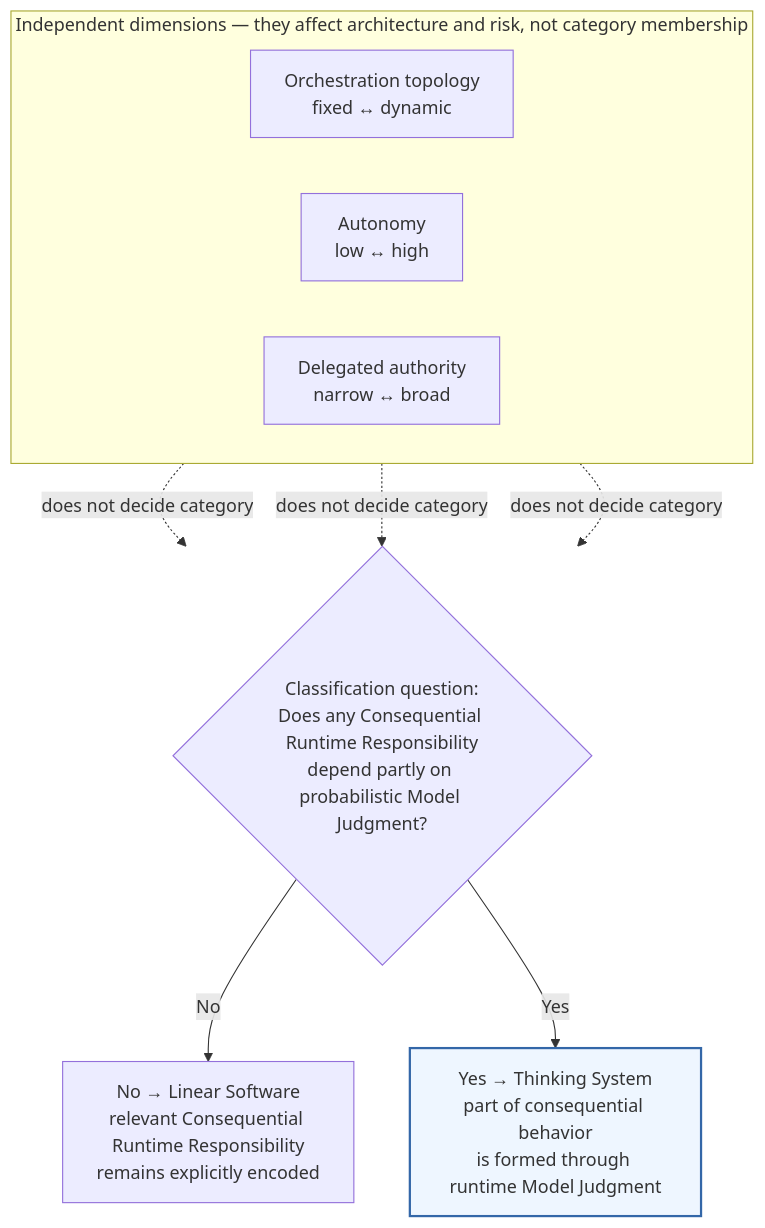
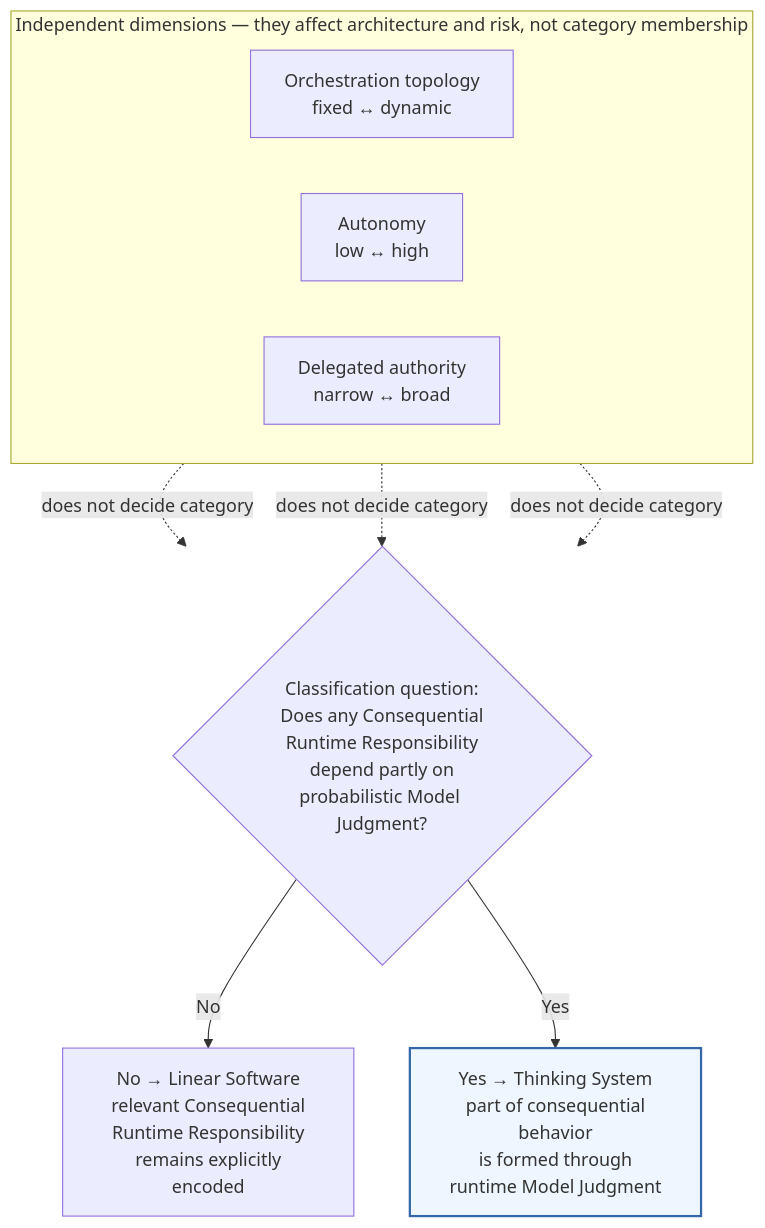
One commit to UncertaintyArchitectureGroup/uncertainty-architecture changed the second of 14 diagrams in content/research/notes/open-engineering-specification-article-draft.md. Above: the diagram before and after it, drawn with Mermaid. The commit also changed other lines of this file, not shown here.

Commit message:
fix(research): stabilize Mermaid rendering

````diff
--- a/content/research/notes/open-engineering-specification-article-draft.md
+++ b/content/research/notes/open-engineering-specification-article-draft.md
@@ -105,22 +105,22 @@
 ```mermaid
 flowchart TB
     subgraph I["Independent dimensions — they affect architecture and risk, not category membership"]
         direction LR
-        O["Orchestration topology<br/>fixed ↔ dynamic"]
-        A["Autonomy<br/>low ↔ high"]
-        D["Delegated authority<br/>narrow ↔ broad"]
+        O["Orchestration topology<br/> fixed ↔ dynamic"]
+        A["Autonomy<br/> low ↔ high"]
+        D["Delegated authority<br/> narrow ↔ broad"]
     end
 
-    Q{"Classification question:<br/>Does any Consequential Runtime Responsibility<br/>depend partly on probabilistic Model Judgment?"}
-    L["No → Linear Software<br/>relevant Consequential Runtime Responsibility<br/>remains explicitly encoded"]
-    T["Yes → Thinking System<br/>part of consequential behavior<br/>is formed through runtime Model Judgment"]
+    Q{"Classification question:<br/> Does any Consequential Runtime Responsibility<br/> depend partly on probabilistic Model Judgment?"}
+    L["No → Linear Software<br/> relevant Consequential Runtime Responsibility<br/> remains explicitly encoded"]
+    T["Yes → Thinking System<br/> part of consequential behavior<br/> is formed through runtime Model Judgment"]
 
     O -. does not decide category .-> Q
     A -. does not decide category .-> Q
     D -. does not decide category .-> Q
     Q -->|No| L
     Q -->|Yes| T
 
     classDef thinking fill:#eef6ff,stroke:#3367a8,stroke-width:2px;
     class T thinking;
 ```
````
